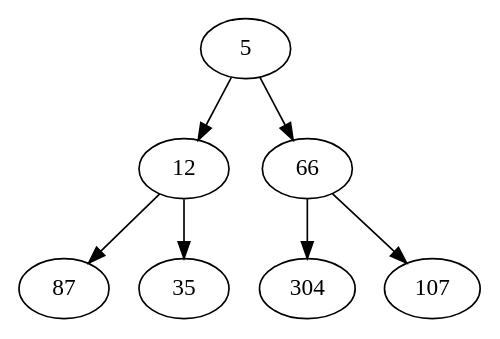
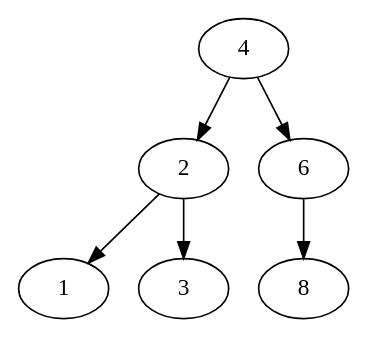
The diagram in cpp/outGraph.dot (tinyynoob/mixed), drawn with Graphviz before and after one commit. The commit also changed 2 other files, not shown here.

```diff
--- a/cpp/outGraph.dot
+++ b/cpp/outGraph.dot
@@ -1,6 +1,8 @@
-digraph heap {
-	5 -> {12 66};
-	12 -> {87 35};
-	66 -> {304 107};
-	87 -> {};
+digraph AVL_tree {
+	4 -> {2 6};
+	2 -> {1 3};
+	1 -> {};
+	3 -> {};
+	6 -> {8};
+	8 -> {};
 }
```
